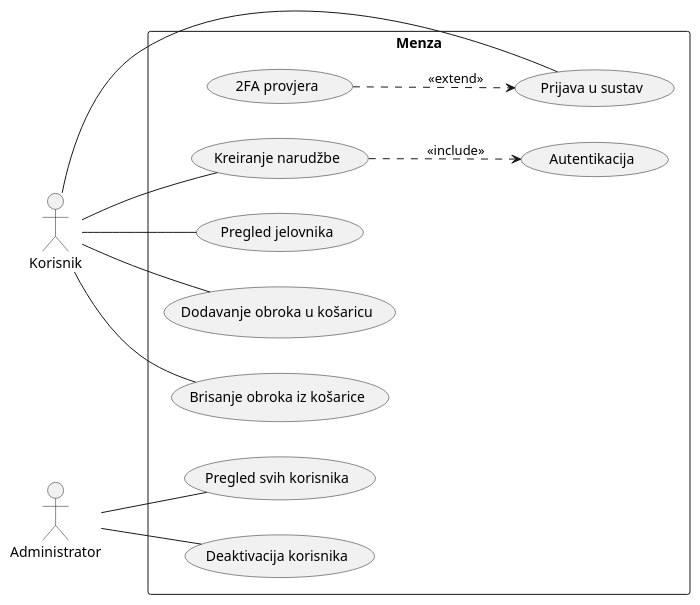
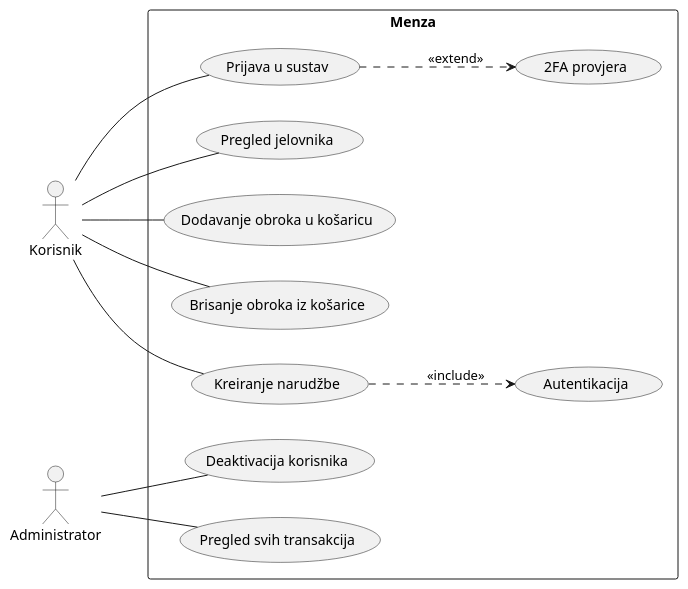
One commit to pero999/softversko changed the first of 4 diagrams in uml.md. Above: the diagram before and after it, drawn with PlantUML. The commit also changed other lines of this file, not shown here.

First line of the commit message:
Revise UML diagrams and enhance descriptions

````diff
--- a/uml.md
+++ b/uml.md
@@ -6,25 +19,28 @@
+```plantuml
+
 @startuml
 left to right direction
 actor Korisnik
 actor Administrator
 rectangle Menza {
   usecase "Prijava u sustav" as UC1
   usecase "Pregled jelovnika" as UC2
   usecase "Dodavanje obroka u košaricu" as UC3
   usecase "Brisanje obroka iz košarice" as UC4
   usecase "Kreiranje narudžbe" as UC5
   usecase "Deaktivacija korisnika" as UC6
-  usecase "Pregled svih korisnika" as UC7
+  usecase "Pregled svih transakcija" as UC7
   usecase "Autentikacija" as Auth
   usecase "2FA provjera" as TwoFA
 }
 Korisnik -- UC1
 Korisnik -- UC2
 Korisnik -- UC3
 Korisnik -- UC4
 Korisnik -- UC5
 Administrator -- UC6
 Administrator -- UC7
 UC5 ..> Auth : <<include>>
-TwoFA ..> UC1 : <<extend>>
+UC1 ..> TwoFA : <<extend>>
 @enduml
+```
````
